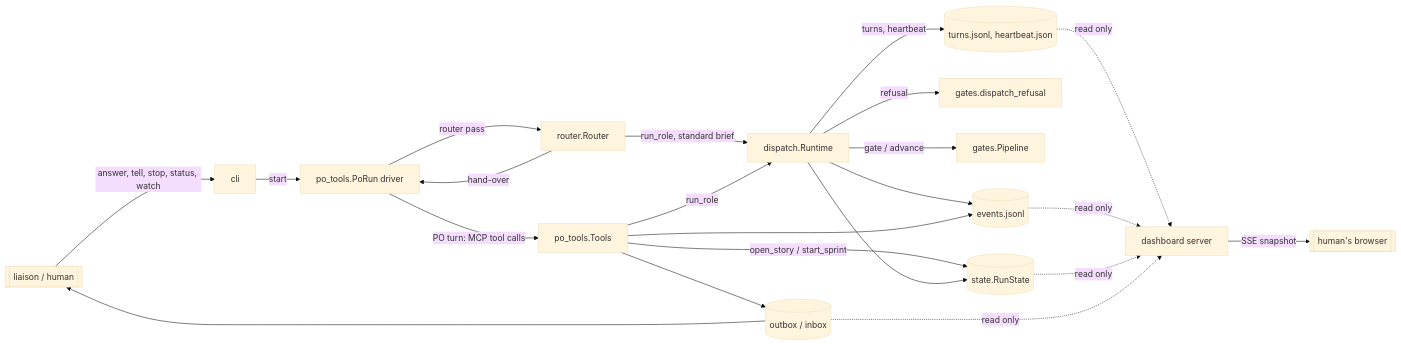
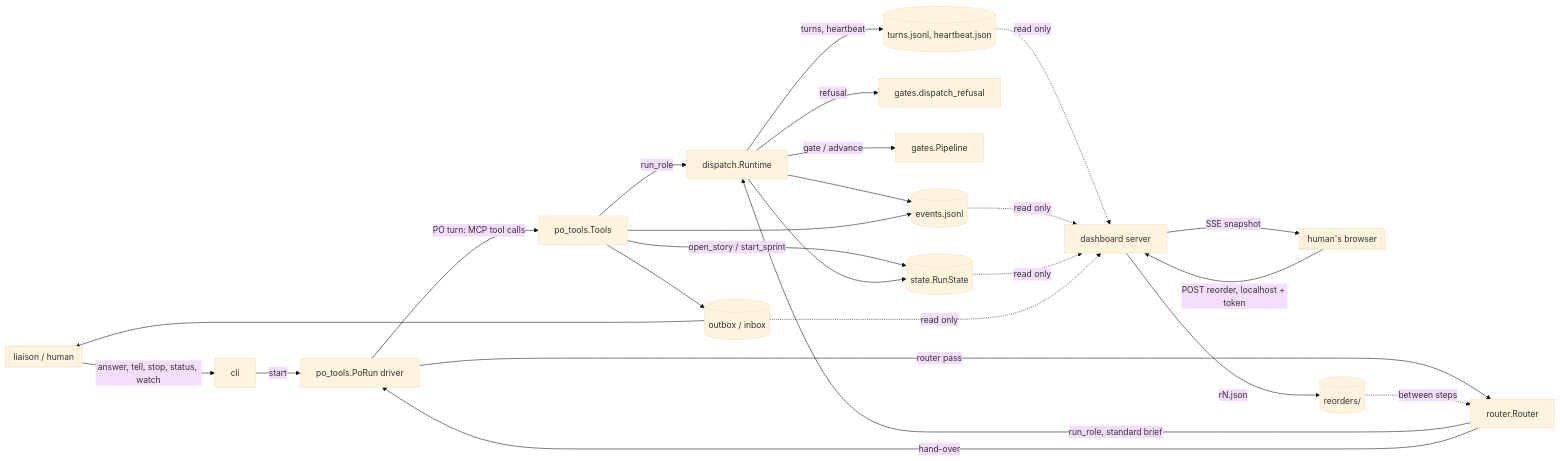
Before and after one commit to devnu11/claude-skills: the first of 5 diagrams in agile-team/docs/architecture.md, drawn with Mermaid (base theme). The commit also changed other lines of this file and 6 other files, not shown here.

````diff
--- a/agile-team/docs/architecture.md
+++ b/agile-team/docs/architecture.md
@@ -109,24 +113,27 @@
 ```mermaid
 flowchart LR
   liaison[[liaison / human]] -- answer, tell, stop, status, watch --> cli
   cli -- start --> po[po_tools.PoRun driver]
   po -- PO turn: MCP tool calls --> tools[po_tools.Tools]
   po -- router pass --> router[router.Router]
   router -- run_role, standard brief --> rt
   router -- hand-over --> po
   tools -- run_role --> rt[dispatch.Runtime]
   tools -- open_story / start_sprint --> st[(state.RunState)]
   rt -- refusal --> gates[gates.dispatch_refusal]
   rt -- gate / advance --> pipe[gates.Pipeline]
   rt --> st
   rt --> ev[(events.jsonl)]
   tools --> ev
   tools --> relay[(outbox / inbox)]
   relay --> liaison
   rt -- turns, heartbeat --> live[(turns.jsonl, heartbeat.json)]
   live -. read only .-> dash
   ev -. read only .-> dash[dashboard server]
   st -. read only .-> dash
   relay -. read only .-> dash
   dash -- SSE snapshot --> browser[[human's browser]]
+  browser -- POST reorder, localhost + token --> dash
+  dash -- rN.json --> rq[(reorders/)]
+  rq -. between steps .-> router
 ```
````
